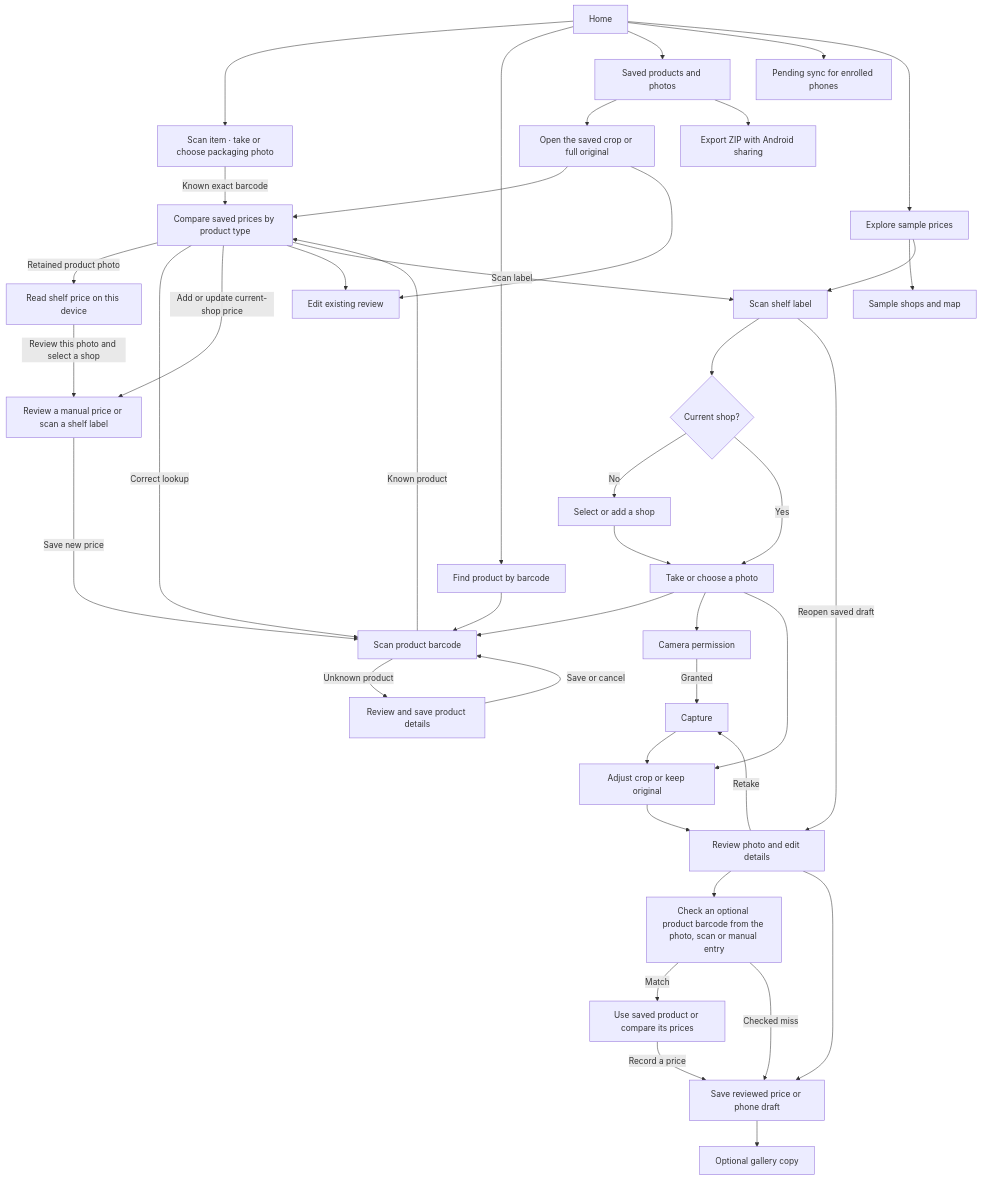
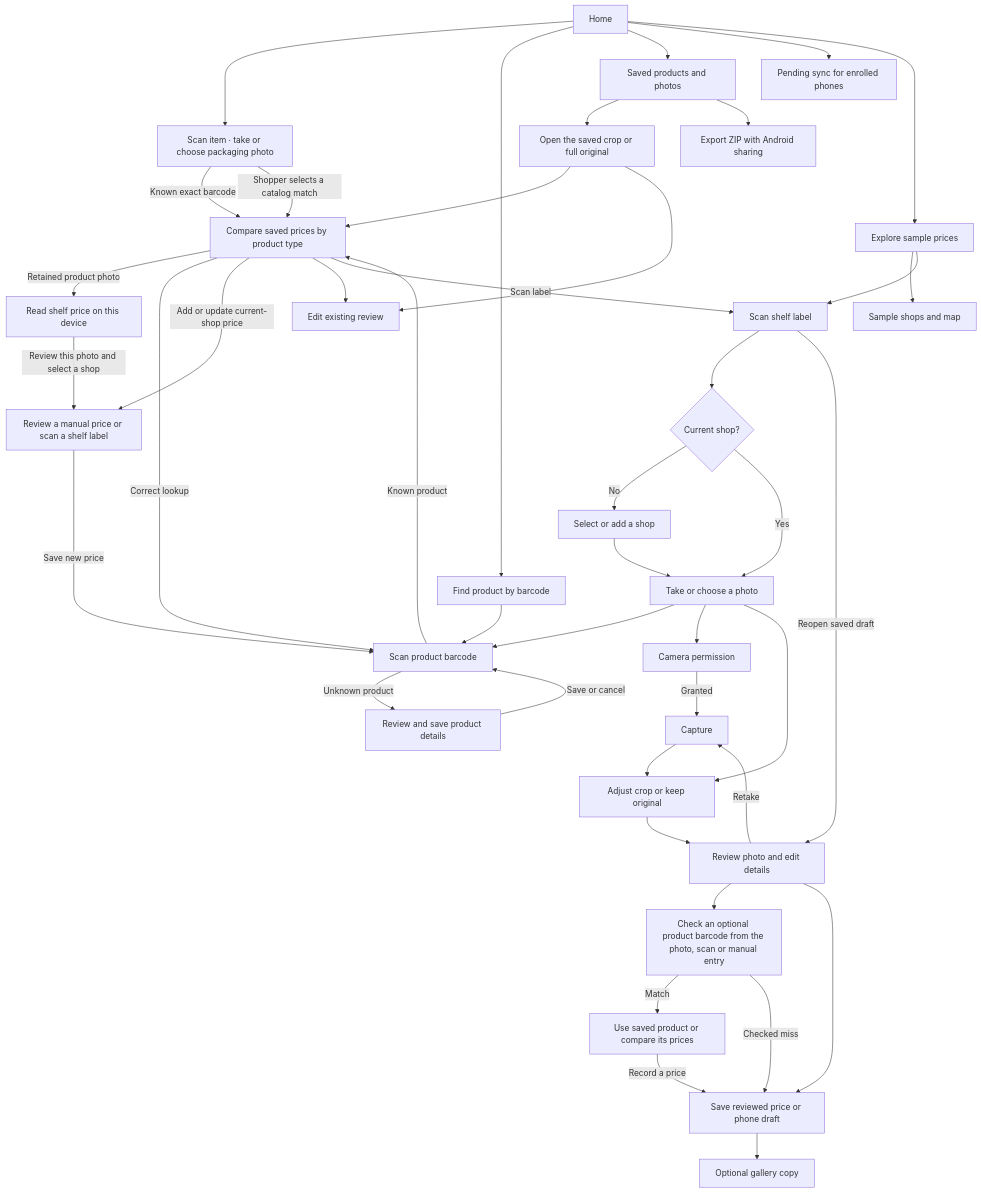
The diagram in docs/app-map.md (Maratatasan/cheapo-app), drawn with Mermaid before and after one commit. The commit also changed 4 other files, not shown here.

Commit message:
Retain the photo for an explicitly selected catalog match

````diff
--- a/docs/app-map.md
+++ b/docs/app-map.md
@@ -15,44 +15,45 @@
 ```mermaid
 flowchart TD
     Home --> PackagePhoto["Scan item · take or choose packaging photo"]
     PackagePhoto -->|Known exact barcode| Compare
+    PackagePhoto -->|Shopper selects a catalog match| Compare
     Compare -->|Retained product photo| LocalShelfPrice["Read shelf price on this device"]
     LocalShelfPrice -->|Review this photo and select a shop| PriceReview
     Home --> Lookup["Find product by barcode"]
     Lookup --> Barcode
     Scan["Scan shelf label"] --> CurrentShop{"Current shop?"}
     CurrentShop -->|No| ChooseShop["Select or add a shop"]
     ChooseShop --> Source["Take or choose a photo"]
     CurrentShop -->|Yes| Source
     Source --> Barcode["Scan product barcode"]
     Barcode -->|Known product| Compare
     Compare -->|Correct lookup| Barcode
     Compare -->|Add or update current-shop price| PriceReview["Review a manual price or scan a shelf label"]
     PriceReview -->|Save new price| Barcode
     Barcode -->|Unknown product| AddProduct["Review and save product details"]
     AddProduct -->|Save or cancel| Barcode
     Source --> Permission["Camera permission"]
     Source --> Crop
     Permission -->|Granted| Capture
     Capture --> Crop["Adjust crop or keep original"]
     Crop --> Review["Review photo and edit details"]
     Review -->|Retake| Capture
     Review --> BarcodeReview["Check an optional product barcode from the photo, scan or manual entry"]
     BarcodeReview -->|Match| Reuse["Use saved product or compare its prices"]
     Reuse -->|Record a price| Save["Save reviewed price or phone draft"]
     BarcodeReview -->|Checked miss| Save
     Review --> Save
     Save --> Gallery["Optional gallery copy"]
     Home --> Saved["Saved products and photos"]
     Home --> Pending["Pending sync for enrolled phones"]
     Saved --> SavedPhoto["Open the saved crop or full original"]
     SavedPhoto --> Compare["Compare saved prices by product type"]
     SavedPhoto --> Edit["Edit existing review"]
     Compare --> Edit
     Compare -->|Scan label| Scan
     Saved --> Export["Export ZIP with Android sharing"]
     Scan -->|Reopen saved draft| Review
     Home --> Results["Explore sample prices"]
     Results --> Shops["Sample shops and map"]
     Results --> Scan
 ```
````
